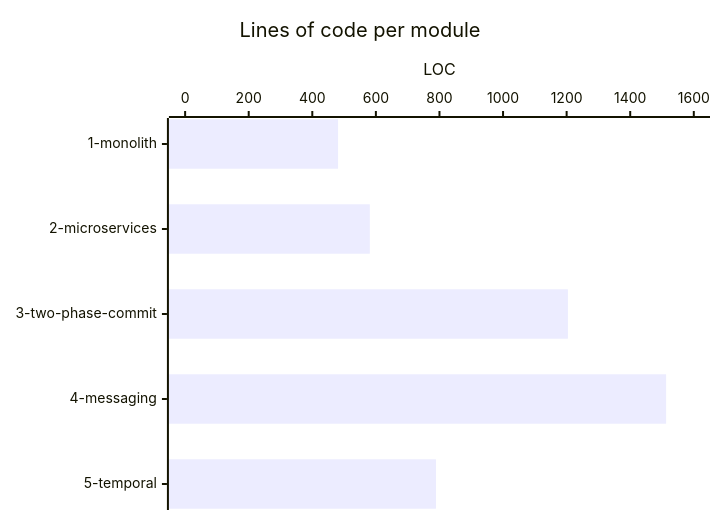
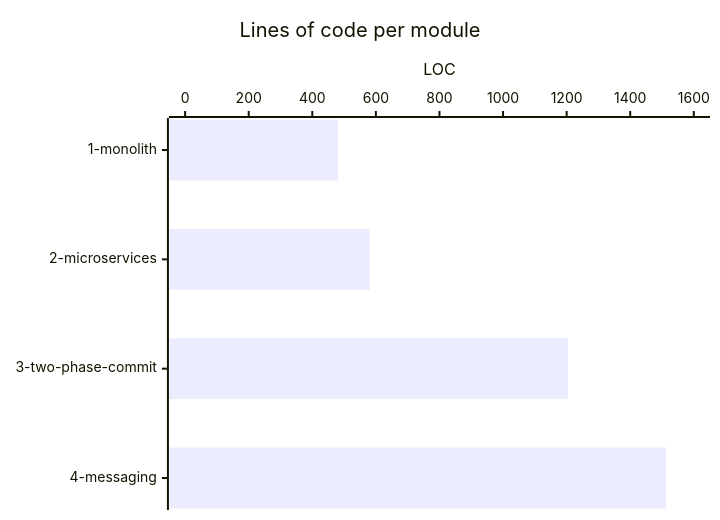
Before and after one commit to kamloicc/durable-money: the diagram in README.md, drawn with Mermaid. The commit also changed other lines of this file, not shown here.

````diff
--- a/README.md
+++ b/README.md
@@ -160,7 +154,7 @@
 ```mermaid
 xychart-beta horizontal
     title "Lines of code per module"
-    x-axis ["1-monolith", "2-microservices", "3-two-phase-commit", "4-messaging", "5-temporal"]
+    x-axis ["1-monolith", "2-microservices", "3-two-phase-commit", "4-messaging"]
     y-axis "LOC" 0 --> 1600
-    bar [481, 581, 1204, 1513, 789]
+    bar [481, 581, 1204, 1513]
 ```
````
